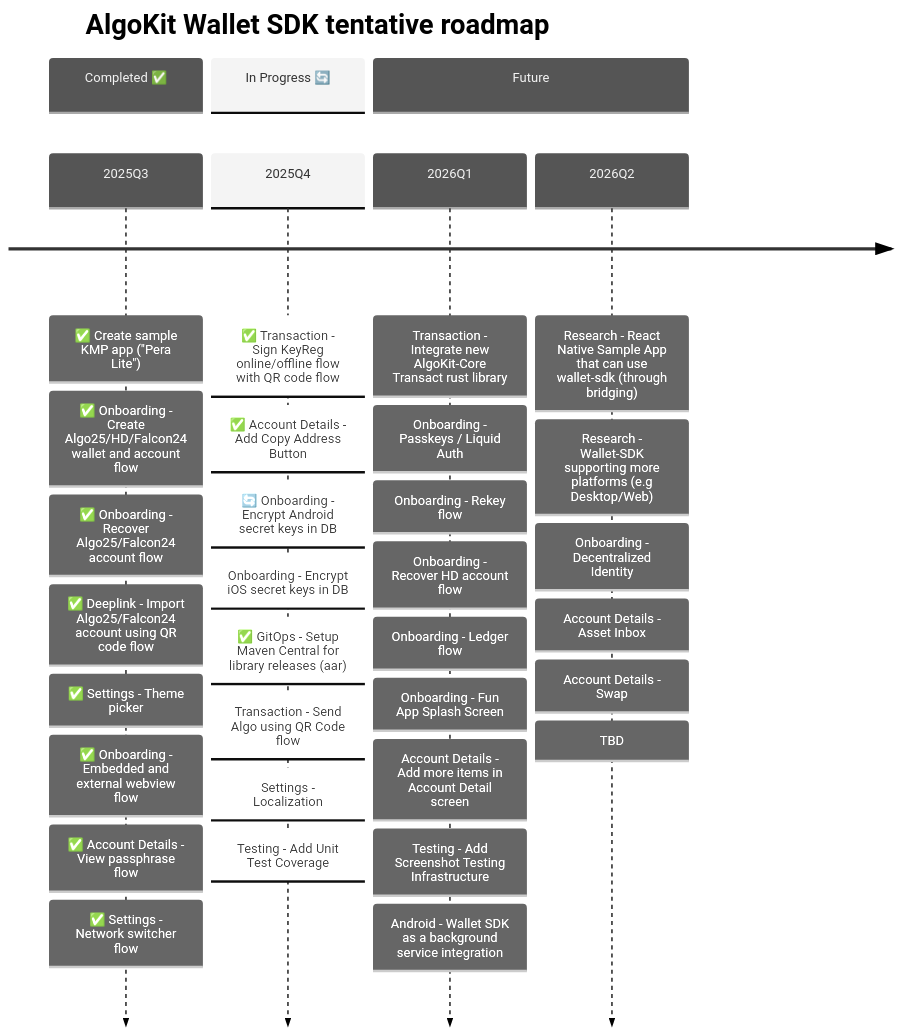
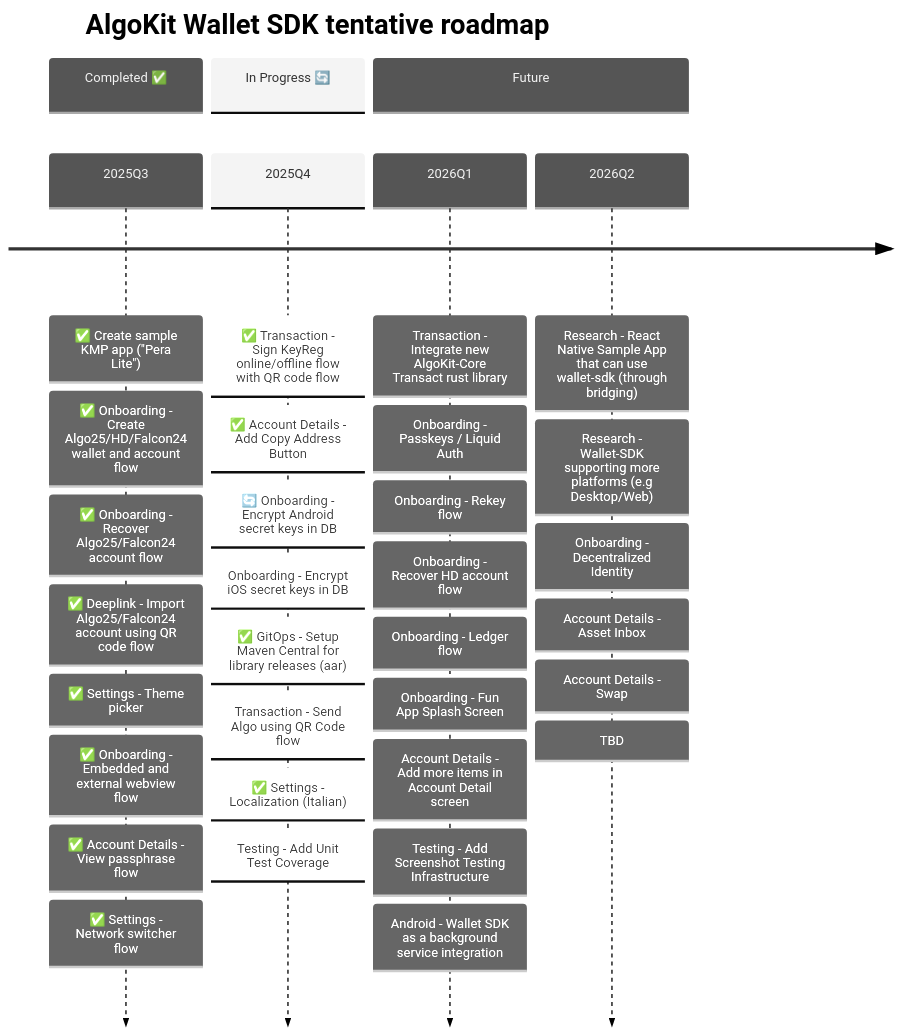
One commit to michaeltchuang/algokit-walletsdk-kmp changed the second of 3 diagrams in README.md. Above: the diagram before and after it, drawn with Mermaid. The commit also changed 37 other files, not shown here.

````diff
--- a/README.md
+++ b/README.md
@@ -49,45 +49,45 @@
 ```mermaid
 ---
 config:
   theme: 'neutral'
 ---
 timeline
     title AlgoKit Wallet SDK tentative roadmap
 
     section Completed ✅
     2025Q3  : ✅ Create sample KMP app ("Pera Lite")
             : ✅ Onboarding - Create Algo25/HD/Falcon24 wallet and account flow
             : ✅ Onboarding - Recover Algo25/Falcon24 account flow
             : ✅ Deeplink - Import Algo25/Falcon24 account using QR code flow
             : ✅ Settings - Theme picker
             : ✅ Onboarding - Embedded and external webview flow
             : ✅ Account Details - View passphrase flow
             : ✅ Settings - Network switcher flow
 
     section In Progress 🔄
     2025Q4  : ✅ Transaction - Sign KeyReg online/offline flow with QR code flow
             : ✅ Account Details - Add Copy Address Button
             : 🔄 Onboarding - Encrypt Android secret keys in DB
             : Onboarding - Encrypt iOS secret keys in DB
             : ✅ GitOps - Setup Maven Central for library releases (aar)
             : Transaction - Send Algo using QR Code flow
-            : Settings - Localization
+            : ✅ Settings - Localization (Italian)
             : Testing - Add Unit Test Coverage
 
     section Future
     2026Q1  : Transaction - Integrate new AlgoKit-Core Transact rust library
             : Onboarding - Passkeys / Liquid Auth
             : Onboarding - Rekey flow
             : Onboarding - Recover HD account flow
             : Onboarding - Ledger flow
             : Onboarding - Fun App Splash Screen
             : Account Details - Add more items in Account Detail screen
             : Testing - Add Screenshot Testing Infrastructure
             : Android - Wallet SDK as a background service integration
     2026Q2  : Research - React Native Sample App that can use wallet-sdk (through bridging)
             : Research - Wallet-SDK supporting more platforms (e.g Desktop/Web)
             : Onboarding - Decentralized Identity
             : Account Details - Asset Inbox
             : Account Details - Swap
             : TBD
 ```
````
